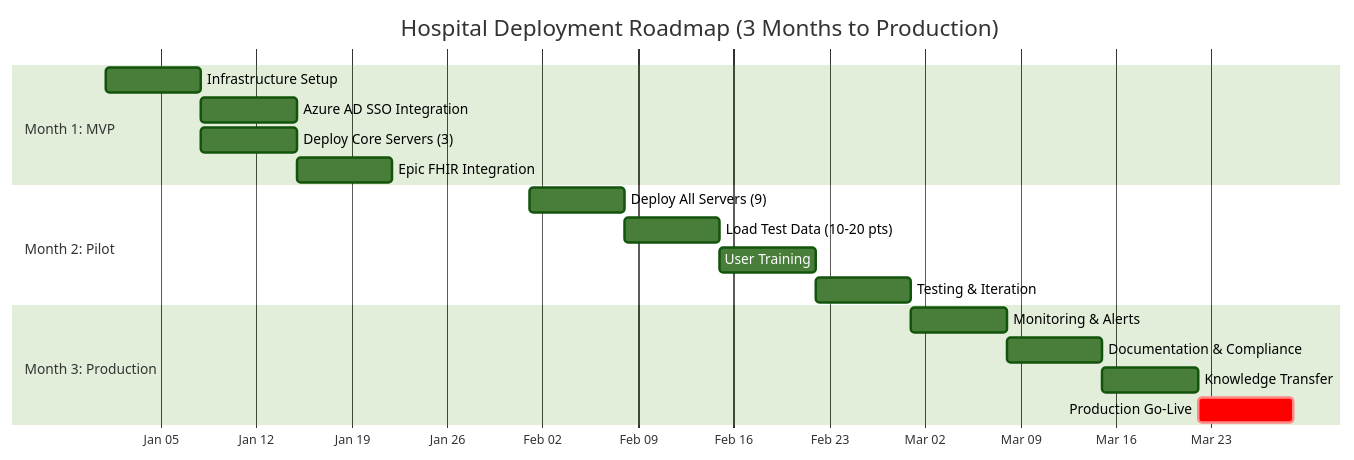
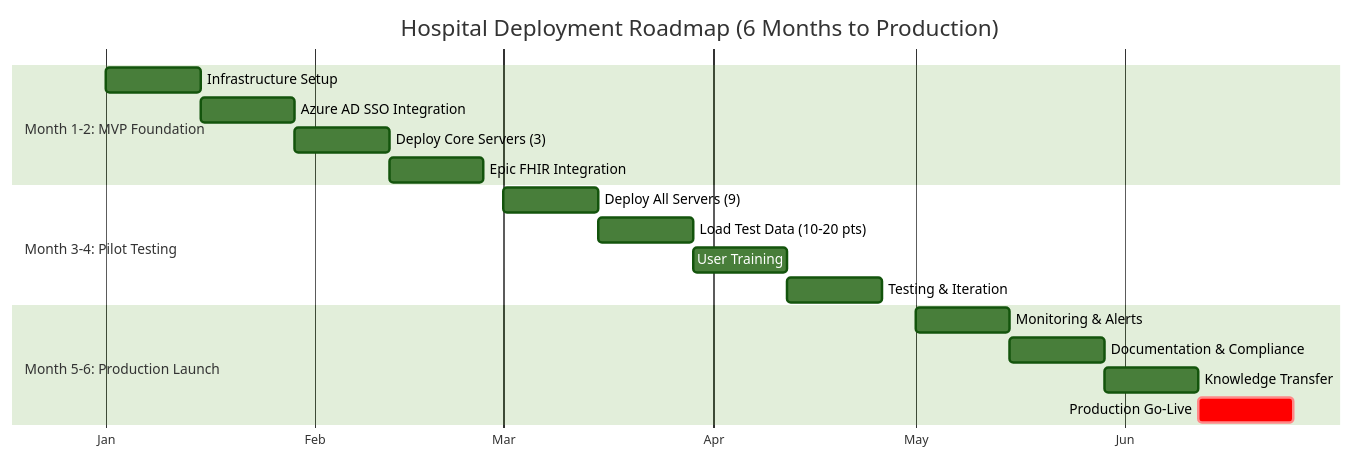
The third of 3 diagrams in README.md (raymond301/precision-medicine-mcp), drawn with Mermaid (forest theme) before and after one commit. The commit also changed other lines of this file, not shown here.

Commit message:
Update hospital deployment Gantt chart to 6-month timeline
Changes to README.md:
- Updated Gantt chart: 3 months → 6 months
- Updated section headers: "Month 1-2" instead of "Month 1"
- Updated milestones: Week 4/8/12 → Week 8/16/24
- Each task now 14 days (was 7 days) to reflect longer timelines
- Added "Why 6 months?" explanation section

Rationale for longer timeline:
- HIPAA compliance reviews: 2-3× longer than standard IT security
- Epic FHIR integration: Extensive de-identification testing required
- Clinical validation: Practitioners must validate each analysis type
- IRB approval: Research use requires institutional review

🤖 Generated with [Claude Code](https://claude.com/claude-code)

````diff
--- a/README.md
+++ b/README.md
@@ -429,24 +432,24 @@
 ```mermaid
 gantt
-    title Hospital Deployment Roadmap (3 Months to Production)
+    title Hospital Deployment Roadmap (6 Months to Production)
     dateFormat YYYY-MM-DD
-    axisFormat %b %d
+    axisFormat %b
 
-    section Month 1: MVP
-    Infrastructure Setup           :m1a, 2025-01-01, 7d
-    Azure AD SSO Integration       :m1b, after m1a, 7d
-    Deploy Core Servers (3)        :m1c, after m1a, 7d
-    Epic FHIR Integration          :m1d, after m1b, 7d
+    section Month 1-2: MVP Foundation
+    Infrastructure Setup           :m1a, 2025-01-01, 14d
+    Azure AD SSO Integration       :m1b, after m1a, 14d
+    Deploy Core Servers (3)        :m1c, after m1b, 14d
+    Epic FHIR Integration          :m1d, after m1c, 14d
 
-    section Month 2: Pilot
-    Deploy All Servers (9)         :m2a, 2025-02-01, 7d
-    Load Test Data (10-20 pts)     :m2b, after m2a, 7d
-    User Training                  :m2c, after m2b, 7d
-    Testing & Iteration            :m2d, after m2c, 7d
+    section Month 3-4: Pilot Testing
+    Deploy All Servers (9)         :m2a, 2025-03-01, 14d
+    Load Test Data (10-20 pts)     :m2b, after m2a, 14d
+    User Training                  :m2c, after m2b, 14d
+    Testing & Iteration            :m2d, after m2c, 14d
 
-    section Month 3: Production
-    Monitoring & Alerts            :m3a, 2025-03-01, 7d
-    Documentation & Compliance     :m3b, after m3a, 7d
-    Knowledge Transfer             :m3c, after m3b, 7d
-    Production Go-Live             :crit, m3d, after m3c, 7d
+    section Month 5-6: Production Launch
+    Monitoring & Alerts            :m3a, 2025-05-01, 14d
+    Documentation & Compliance     :m3b, after m3a, 14d
+    Knowledge Transfer             :m3c, after m3b, 14d
+    Production Go-Live             :crit, m3d, after m3c, 14d
 ```
````
